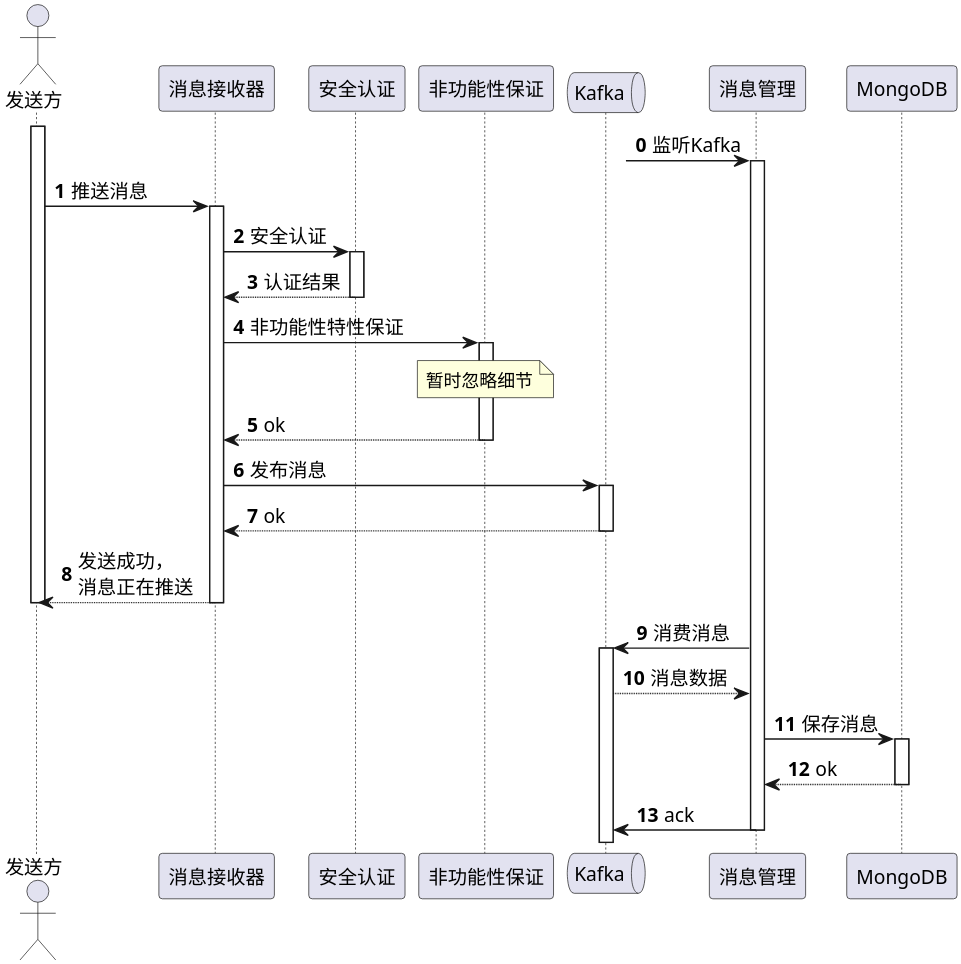
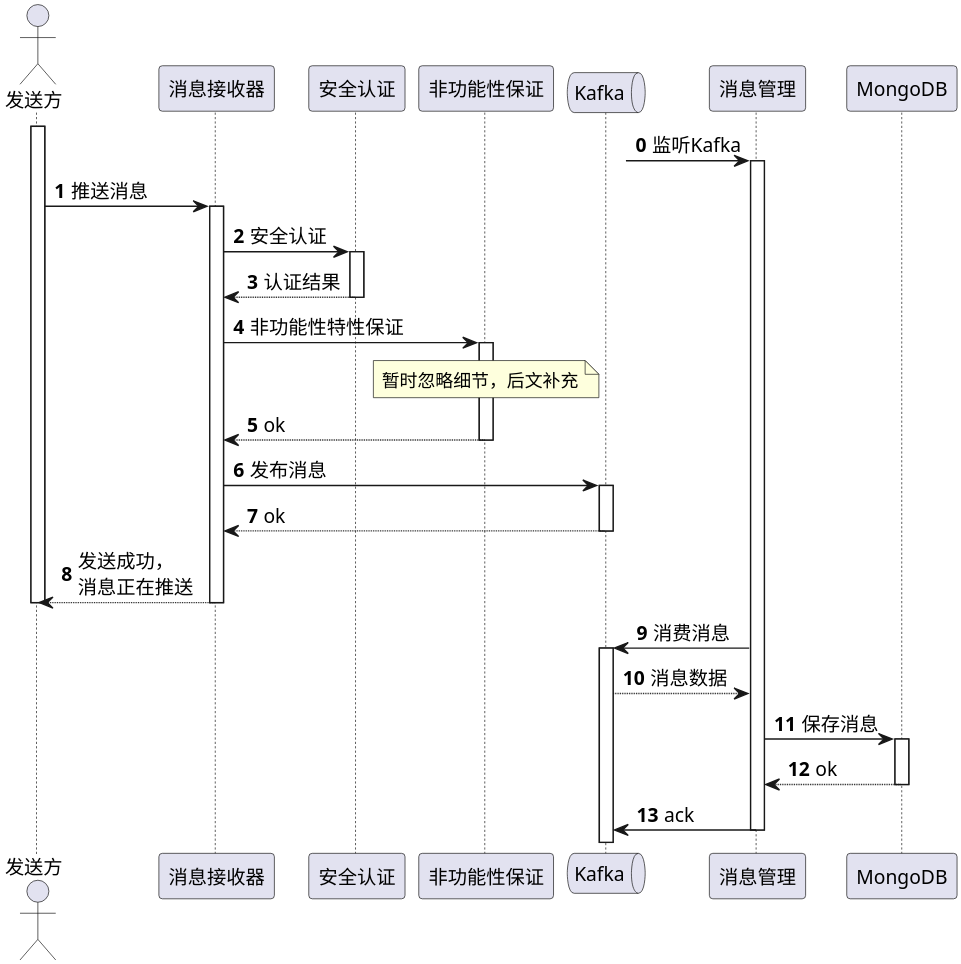
Before and after one commit to Etherealss/MessagePusher: the diagram in uml/msg-accpetor/发送消息 忽略非功能性需求.puml, drawn with PlantUML. The commit also changed 18 other files, not shown here.

```diff
--- a/uml/msg-accpetor/发送消息 忽略非功能性需求.puml
+++ b/uml/msg-accpetor/发送消息 忽略非功能性需求.puml
@@ -1,43 +1,44 @@
 @startuml
 'https://plantuml.com/sequence-diagram
 
 skinparam shadowing false
 skinparam defaultFontName xfonts-wqy
+skinparam defaultFontName times
 skinparam dpi 300
 skinparam activity  {
     DiamondFontSize 14
     ArrowFontSize 14
     FontSize 14
 }
 autonumber 0
 
 actor 发送方 as Sender
 participant 消息接收器 as Acceptor
 participant 安全认证 as Auth
 participant 非功能性保证 as NonFunctional
 queue Kafka
 participant 消息管理 as Manager
 participant MongoDB
 
 activate Sender
 ?-> Manager ++: 监听Kafka
 
 Sender -> Acceptor ++: 推送消息
 Acceptor -> Auth ++: 安全认证
 return 认证结果
 Acceptor -> NonFunctional ++: 非功能性特性保证
-note over NonFunctional: 暂时忽略细节
+note over NonFunctional: 暂时忽略细节，后文补充
 return ok
 Acceptor -> Kafka ++: 发布消息
 return ok
 return 发送成功，\n消息正在推送
 
 deactivate Sender
 
 Kafka <- Manager  ++: 消费消息
 Kafka --> Manager: 消息数据
 Manager -> MongoDB ++: 保存消息
 return ok
 Kafka <- Manager  --: ack
 
 @enduml
```
